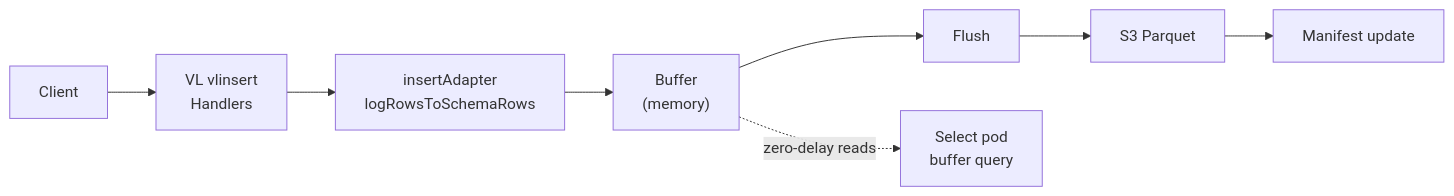
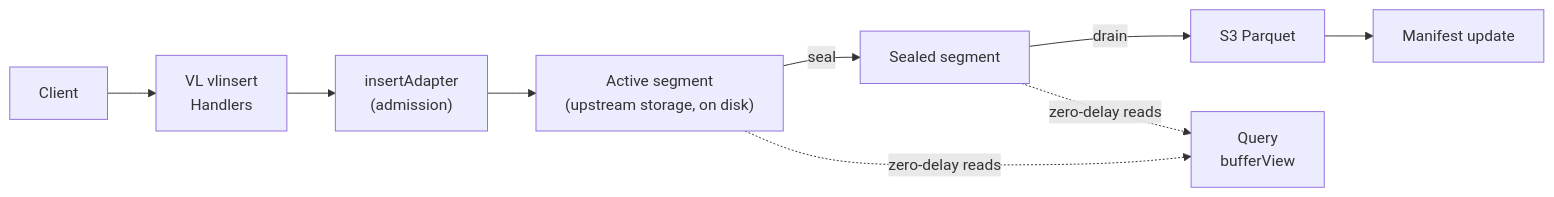
The diagram in docs/write-path.md (ReliablyObserve/victoria-lakehouse), drawn with Mermaid before and after one commit. The commit also changed other lines of this file and 34 other files, not shown here.

Commit message:
docs(durability): describe the segmented durable insert buffer and update the docs that referred to the staging engine, WAL cutover and read watermark

````diff
--- a/docs/write-path.md
+++ b/docs/write-path.md
@@ -19,10 +14,11 @@
 ```mermaid
 flowchart LR
     Client --> VLInsert["VL vlinsert\nHandlers"]
-    VLInsert --> Adapter["insertAdapter\nlogRowsToSchemaRows"]
-    Adapter --> Buffer["Buffer\n(memory)"]
-    Buffer --> Flush
-    Flush --> S3["S3 Parquet"]
+    VLInsert --> Adapter["insertAdapter\n(admission)"]
+    Adapter --> Buffer["Active segment\n(upstream storage, on disk)"]
+    Buffer -->|seal| Sealed["Sealed segment"]
+    Sealed -->|drain| S3["S3 Parquet"]
     S3 --> Manifest["Manifest update"]
-    Buffer -.->|zero-delay reads| Select["Select pod\nbuffer query"]
+    Buffer -.->|zero-delay reads| Select["Query\nbufferView"]
+    Sealed -.->|zero-delay reads| Select
 ```
````
